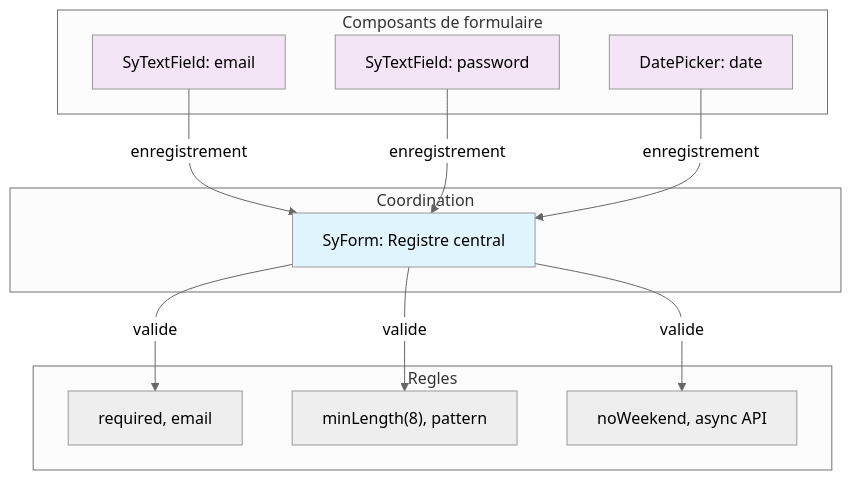
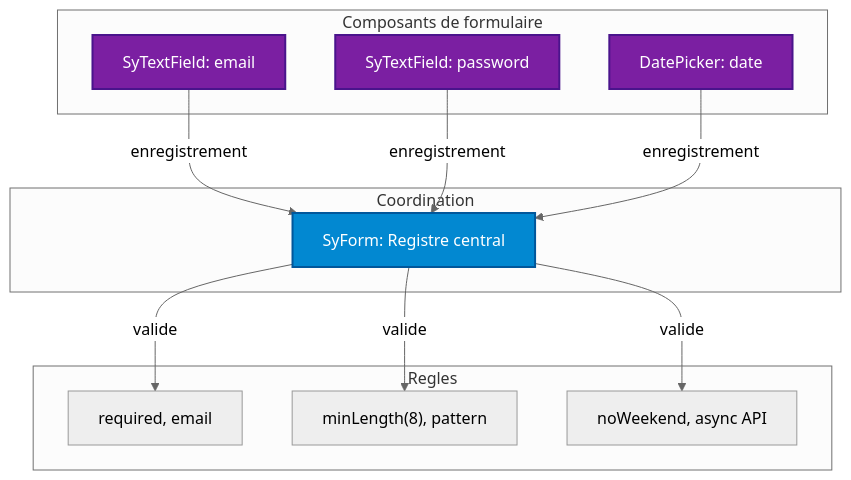
Before and after one commit to assurance-maladie-digital/design-system-v3: the first of 9 diagrams in VALIDATION_SYSTEM_GUIDE.md, drawn with Mermaid (neutral theme). The commit also changed other lines of this file, not shown here.

````diff
--- a/VALIDATION_SYSTEM_GUIDE.md
+++ b/VALIDATION_SYSTEM_GUIDE.md
@@ -9,31 +9,31 @@
 ```mermaid
 flowchart TB
     subgraph Champs["Composants de formulaire"]
         A["SyTextField: email"]
         B["SyTextField: password"]
         C["DatePicker: date"]
     end
 
     subgraph Form["Coordination"]
         S["SyForm: Registre central"]
     end
 
     subgraph Rules["Regles"]
         RA["required, email"]
         RB["minLength(8), pattern"]
         RC["noWeekend, async API"]
     end
 
     A -->|enregistrement| S
     B -->|enregistrement| S
     C -->|enregistrement| S
 
     S -->|valide| RA
     S -->|valide| RB
     S -->|valide| RC
 
-    style S fill:#e1f5fe
-    style A fill:#f3e5f5
-    style B fill:#f3e5f5
-    style C fill:#f3e5f5
+    style S fill:#0288d1,color:#fff,stroke:#01579b,stroke-width:2px
+    style A fill:#7b1fa2,color:#fff,stroke:#4a148c,stroke-width:2px
+    style B fill:#7b1fa2,color:#fff,stroke:#4a148c,stroke-width:2px
+    style C fill:#7b1fa2,color:#fff,stroke:#4a148c,stroke-width:2px
 ```
````
